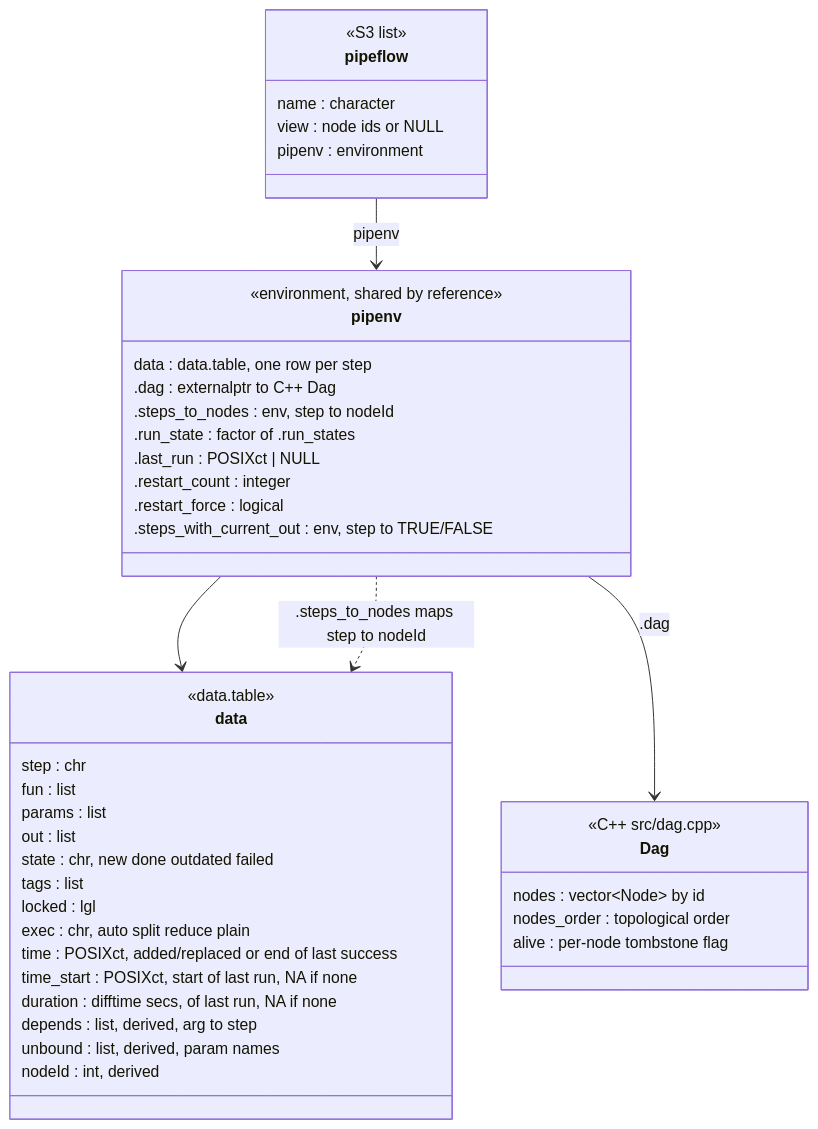
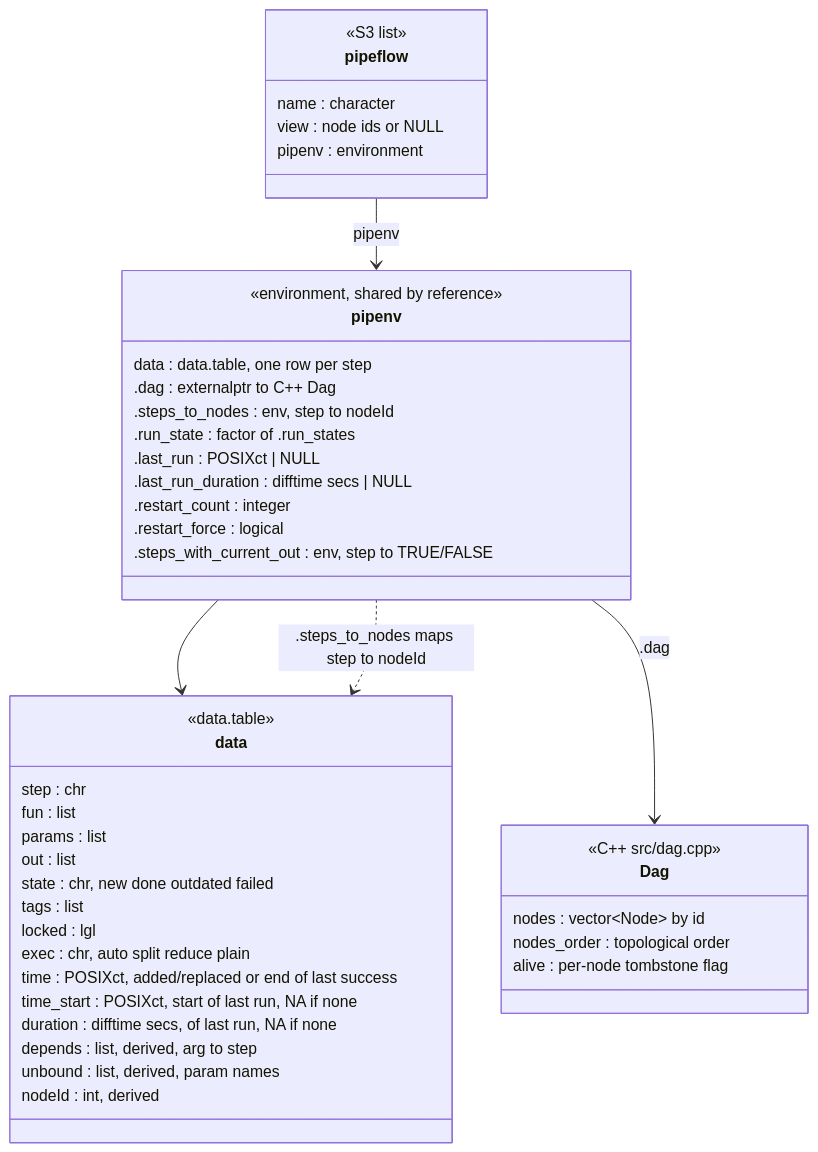
Before and after one commit to rpahl/pipeflow: the second of 8 diagrams in dev/pipeflow.md, drawn with Mermaid. The commit also changed other lines of this file and 10 other files, not shown here.

Commit message:
feat: show the run duration and step counts in the print footer

````diff
--- a/dev/pipeflow.md
+++ b/dev/pipeflow.md
@@ -65,47 +65,48 @@
 ```mermaid
 classDiagram
     class pipeflow {
         <<S3 list>>
         name : character
         view : node ids or NULL
         pipenv : environment
     }
     class pipenv {
         <<environment, shared by reference>>
         data : data.table, one row per step
         .dag : externalptr to C++ Dag
         .steps_to_nodes : env, step to nodeId
         .run_state : factor of .run_states
         .last_run : POSIXct | NULL
+        .last_run_duration : difftime secs | NULL
         .restart_count : integer
         .restart_force : logical
         .steps_with_current_out : env, step to TRUE/FALSE
     }
     class data {
         <<data.table>>
         step : chr
         fun : list
         params : list
         out : list
         state : chr, new done outdated failed
         tags : list
         locked : lgl
         exec : chr, auto split reduce plain
         time : POSIXct, added/replaced or end of last success
         time_start : POSIXct, start of last run, NA if none
         duration : difftime secs, of last run, NA if none
         depends : list, derived, arg to step
         unbound : list, derived, param names
         nodeId : int, derived
     }
     class Dag {
         <<C++ src/dag.cpp>>
         nodes : vector~Node~ by id
         nodes_order : topological order
         alive : per-node tombstone flag
     }
     pipeflow --> pipenv : pipenv
     pipenv --> data
     pipenv --> Dag : .dag
     pipenv ..> data : .steps_to_nodes maps step to nodeId
 ```
````
